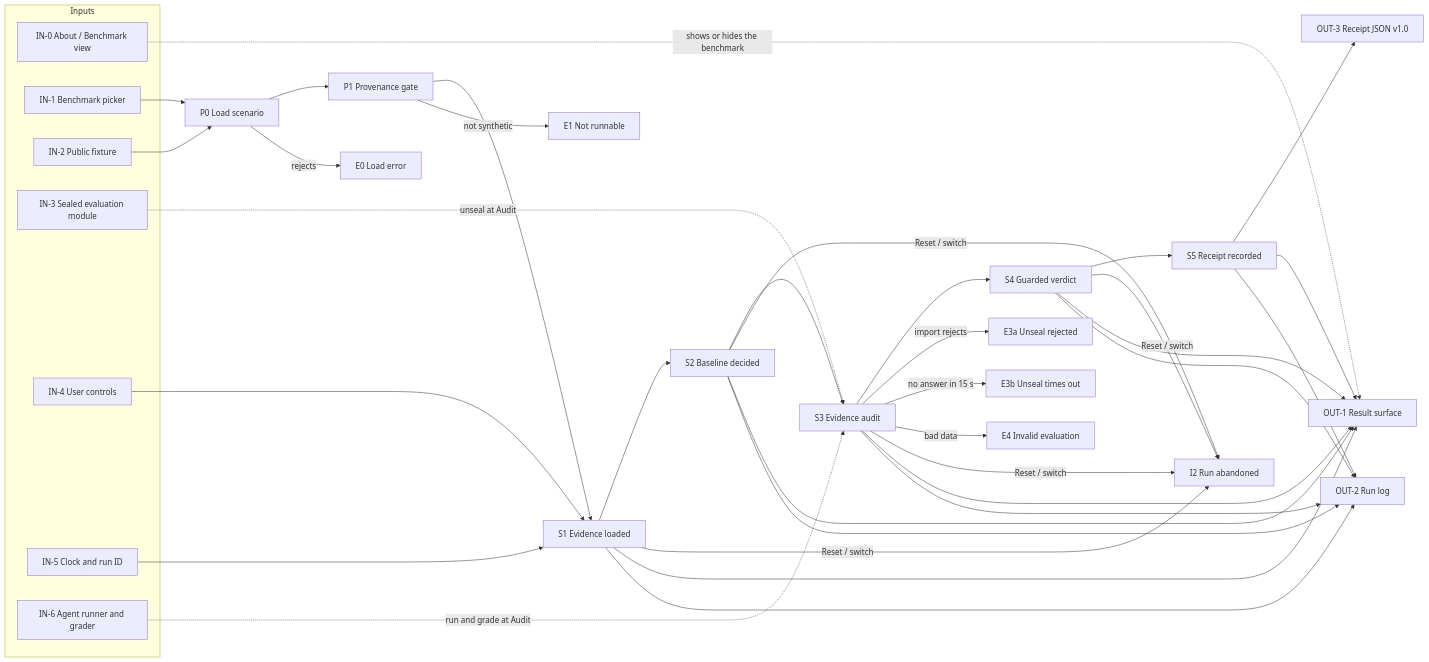
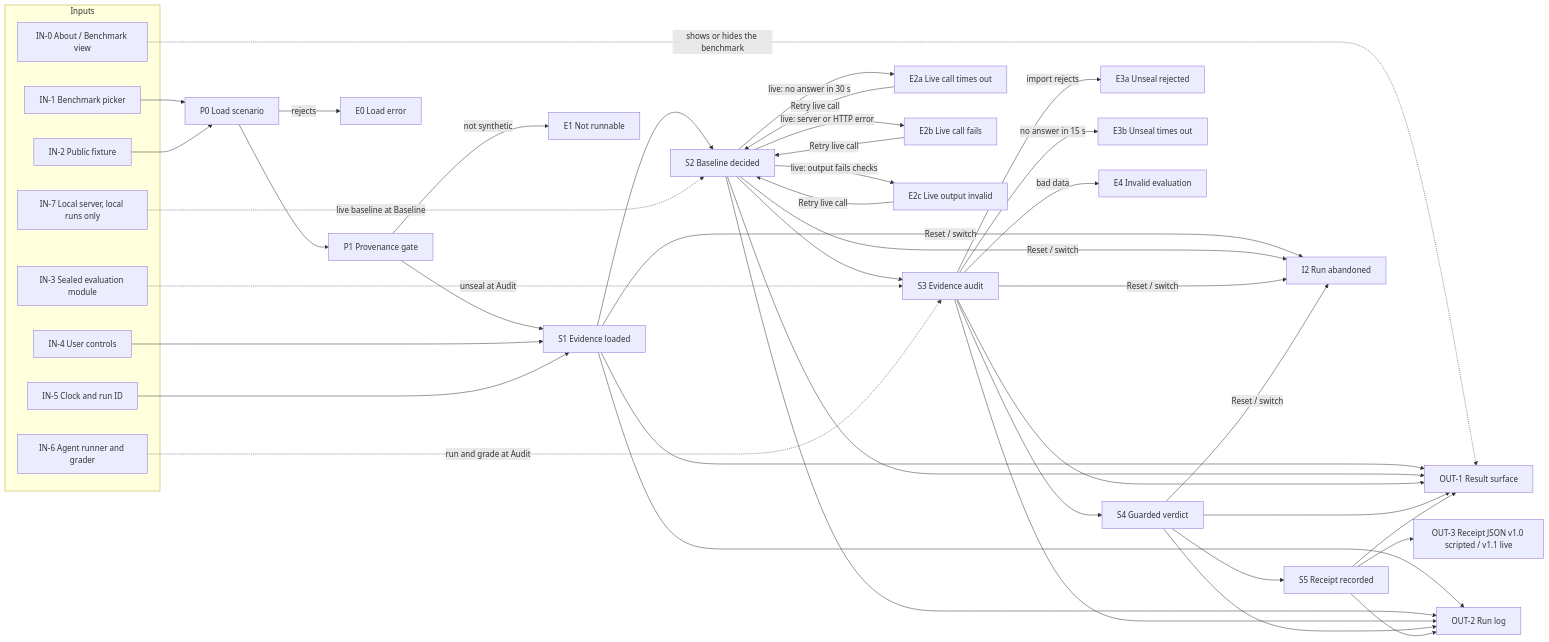
Before and after one commit to neomatrix369/falsifybench: the diagram in docs/PIPELINE.md, drawn with Mermaid. The commit also changed other lines of this file and 50 other files, not shown here.

Commit message:
feat(live): local-only live baseline via server/ and the Anthropic SDK, rule-graded, with retry, receipt v1.1 and secret checks

````diff
--- a/docs/PIPELINE.md
+++ b/docs/PIPELINE.md
@@ -9,30 +11,36 @@
 ```mermaid
 flowchart LR
   subgraph IN[Inputs]
     IN0[IN-0 About / Benchmark view]
     IN1[IN-1 Benchmark picker]
     IN2[IN-2 Public fixture]
     IN3[IN-3 Sealed evaluation module]
     IN4[IN-4 User controls]
     IN5[IN-5 Clock and run ID]
     IN6[IN-6 Agent runner and grader]
+    IN7[IN-7 Local server, local runs only]
   end
   P0[P0 Load scenario] --> P1[P1 Provenance gate]
   P1 --> S1[S1 Evidence loaded] --> S2[S2 Baseline decided] --> S3[S3 Evidence audit] --> S4[S4 Guarded verdict] --> S5[S5 Receipt recorded]
   IN0 -. shows or hides the benchmark .-> OUT1
   IN1 --> P0
   IN2 --> P0
   IN3 -. unseal at Audit .-> S3
   IN6 -. run and grade at Audit .-> S3
+  IN7 -. live baseline at Baseline .-> S2
   IN4 --> S1
   IN5 --> S1
   P0 -- rejects --> E0[E0 Load error]
   P1 -- not synthetic --> E1[E1 Not runnable]
+  S2 -- live: no answer in 30 s --> E2a[E2a Live call times out]
+  S2 -- live: server or HTTP error --> E2b[E2b Live call fails]
+  S2 -- live: output fails checks --> E2c[E2c Live output invalid]
+  E2a & E2b & E2c -- Retry live call --> S2
   S3 -- import rejects --> E3a[E3a Unseal rejected]
   S3 -- no answer in 15 s --> E3b[E3b Unseal times out]
   S3 -- bad data --> E4[E4 Invalid evaluation]
   S1 & S2 & S3 & S4 -- Reset / switch --> I2[I2 Run abandoned]
-  S5 --> OUT3[OUT-3 Receipt JSON v1.0]
+  S5 --> OUT3[OUT-3 Receipt JSON v1.0 scripted / v1.1 live]
   S1 & S2 & S3 & S4 & S5 --> OUT1[OUT-1 Result surface]
   S1 & S2 & S3 & S4 & S5 --> OUT2[OUT-2 Run log]
 ```
````
